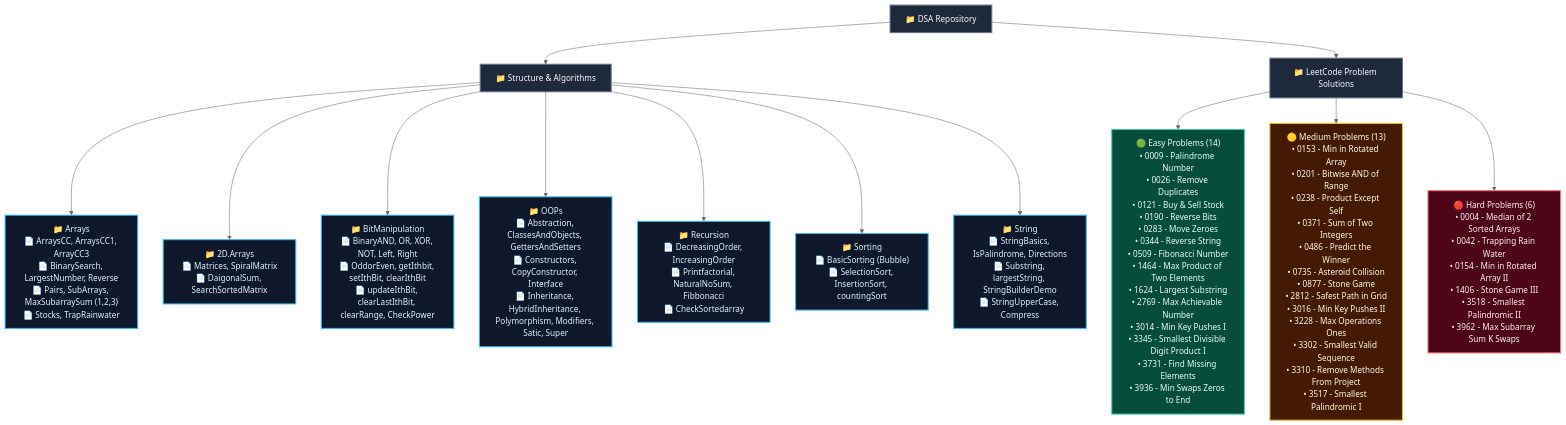
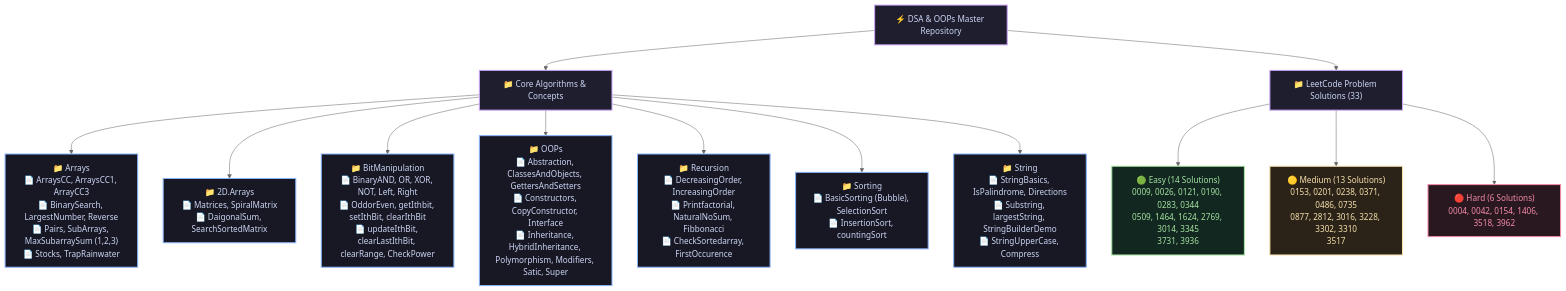
The diagram in README.md (raghuvanshi-sec/DSA), drawn with Mermaid (neutral theme) before and after one commit. The commit also changed other lines of this file and 6 other files, not shown here.

Commit message:
feat: add FirstOccurence recursion logic and LeetCode problems 28 and 3159 with updated repository README

````diff
--- a/README.md
+++ b/README.md
@@ -181,35 +196,31 @@
 ```mermaid
 flowchart TD
-    DSA["📁 DSA Repository"]
+    Root["⚡ DSA & OOPs Master Repository"]
     
-    %% Categories
-    DSA --> Core["📁 Structure & Algorithms"]
-    DSA --> LC["📁 LeetCode Problem Solutions"]
+    Root --> Core["📁 Core Algorithms & Concepts"]
+    Root --> LC["📁 LeetCode Problem Solutions (33)"]
     
-    %% DSA Breakdown
     Core --> Arrays["📁 Arrays<br/>📄 ArraysCC, ArraysCC1, ArrayCC3<br/>📄 BinarySearch, LargestNumber, Reverse<br/>📄 Pairs, SubArrays, MaxSubarraySum (1,2,3)<br/>📄 Stocks, TrapRainwater"]
-    Core --> 2DArrays["📁 2D.Arrays<br/>📄 Matrices, SpiralMatrix<br/>📄 DaigonalSum, SearchSortedMatrix"]
+    Core --> Matrices["📁 2D.Arrays<br/>📄 Matrices, SpiralMatrix<br/>📄 DaigonalSum, SearchSortedMatrix"]
     Core --> Bitwise["📁 BitManipulation<br/>📄 BinaryAND, OR, XOR, NOT, Left, Right<br/>📄 OddorEven, getIthbit, setIthBit, clearIthBit<br/>📄 updateIthBit, clearLastIthBit, clearRange, CheckPower"]
     Core --> OOPs["📁 OOPs<br/>📄 Abstraction, ClassesAndObjects, GettersAndSetters<br/>📄 Constructors, CopyConstructor, Interface<br/>📄 Inheritance, HybridInheritance, Polymorphism, Modifiers, Satic, Super"]
-    Core --> Recursion["📁 Recursion<br/>📄 DecreasingOrder, IncreasingOrder<br/>📄 Printfactorial, NaturalNoSum, Fibbonacci<br/>📄 CheckSortedarray"]
-    Core --> Sorting["📁 Sorting<br/>📄 BasicSorting (Bubble)<br/>📄 SelectionSort, InsertionSort, countingSort"]
-    Core --> String["📁 String<br/>📄 StringBasics, IsPalindrome, Directions<br/>📄 Substring, largestString, StringBuilderDemo<br/>📄 StringUpperCase, Compress"]
+    Core --> Recursion["📁 Recursion<br/>📄 DecreasingOrder, IncreasingOrder<br/>📄 Printfactorial, NaturalNoSum, Fibbonacci<br/>📄 CheckSortedarray, FirstOccurence"]
+    Core --> Sorting["📁 Sorting<br/>📄 BasicSorting (Bubble), SelectionSort<br/>📄 InsertionSort, countingSort"]
+    Core --> Strings["📁 String<br/>📄 StringBasics, IsPalindrome, Directions<br/>📄 Substring, largestString, StringBuilderDemo<br/>📄 StringUpperCase, Compress"]
     
-    %% LeetCode Breakdown
-    LC --> Easy["🟢 Easy Problems (14)<br/>• 0009 - Palindrome Number<br/>• 0026 - Remove Duplicates<br/>• 0121 - Buy & Sell Stock<br/>• 0190 - Reverse Bits<br/>• 0283 - Move Zeroes<br/>• 0344 - Reverse String<br/>• 0509 - Fibonacci Number<br/>• 1464 - Max Product of Two Elements<br/>• 1624 - Largest Substring<br/>• 2769 - Max Achievable Number<br/>• 3014 - Min Key Pushes I<br/>• 3345 - Smallest Divisible Digit Product I<br/>• 3731 - Find Missing Elements<br/>• 3936 - Min Swaps Zeros to End"]
-    LC --> Medium["🟡 Medium Problems (13)<br/>• 0153 - Min in Rotated Array<br/>• 0201 - Bitwise AND of Range<br/>• 0238 - Product Except Self<br/>• 0371 - Sum of Two Integers<br/>• 0486 - Predict the Winner<br/>• 0735 - Asteroid Collision<br/>• 0877 - Stone Game<br/>• 2812 - Safest Path in Grid<br/>• 3016 - Min Key Pushes II<br/>• 3228 - Max Operations Ones<br/>• 3302 - Smallest Valid Sequence<br/>• 3310 - Remove Methods From Project<br/>• 3517 - Smallest Palindromic I"]
-    LC --> Hard["🔴 Hard Problems (6)<br/>• 0004 - Median of 2 Sorted Arrays<br/>• 0042 - Trapping Rain Water<br/>• 0154 - Min in Rotated Array II<br/>• 1406 - Stone Game III<br/>• 3518 - Smallest Palindromic II<br/>• 3962 - Max Subarray Sum K Swaps"]
+    LC --> Easy["🟢 Easy (14 Solutions)<br/>0009, 0026, 0121, 0190, 0283, 0344<br/>0509, 1464, 1624, 2769, 3014, 3345<br/>3731, 3936"]
+    LC --> Medium["🟡 Medium (13 Solutions)<br/>0153, 0201, 0238, 0371, 0486, 0735<br/>0877, 2812, 3016, 3228, 3302, 3310<br/>3517"]
+    LC --> Hard["🔴 Hard (6 Solutions)<br/>0004, 0042, 0154, 1406, 3518, 3962"]
 
-    %% Styling
-    classDef main fill:#1e293b,stroke:#64748b,stroke-width:2px,color:#f8fafc;
-    classDef folder fill:#0f172a,stroke:#38bdf8,stroke-width:2px,color:#e0f2fe;
-    classDef easy fill:#064e3b,stroke:#34d399,stroke-width:2px,color:#ecfdf5;
-    classDef medium fill:#451a03,stroke:#fbbf24,stroke-width:2px,color:#fffbeb;
-    classDef hard fill:#4c0519,stroke:#f87171,stroke-width:2px,color:#fef2f2;
+    classDef root fill:#1e1e2e,stroke:#cba6f7,stroke-width:2px,color:#cdd6f4;
+    classDef folder fill:#181825,stroke:#89b4fa,stroke-width:2px,color:#cdd6f4;
+    classDef easy fill:#112720,stroke:#a6e3a1,stroke-width:2px,color:#a6e3a1;
+    classDef medium fill:#2b2318,stroke:#f9e2af,stroke-width:2px,color:#f9e2af;
+    classDef hard fill:#2a1820,stroke:#f38ba8,stroke-width:2px,color:#f38ba8;
     
-    class DSA,Core,LC main;
-    class Arrays,2DArrays,Bitwise,OOPs,Recursion,Sorting,String folder;
+    class Root,Core,LC root;
+    class Arrays,Matrices,Bitwise,OOPs,Recursion,Sorting,Strings folder;
     class Easy easy;
     class Medium medium;
     class Hard hard;
 ```
````
